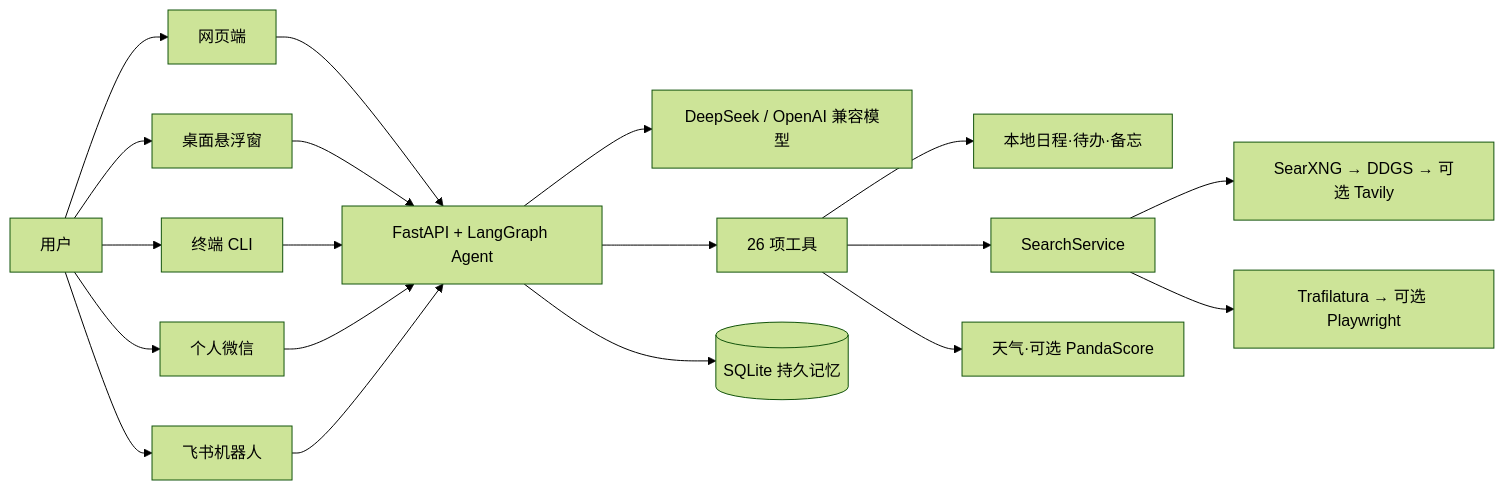
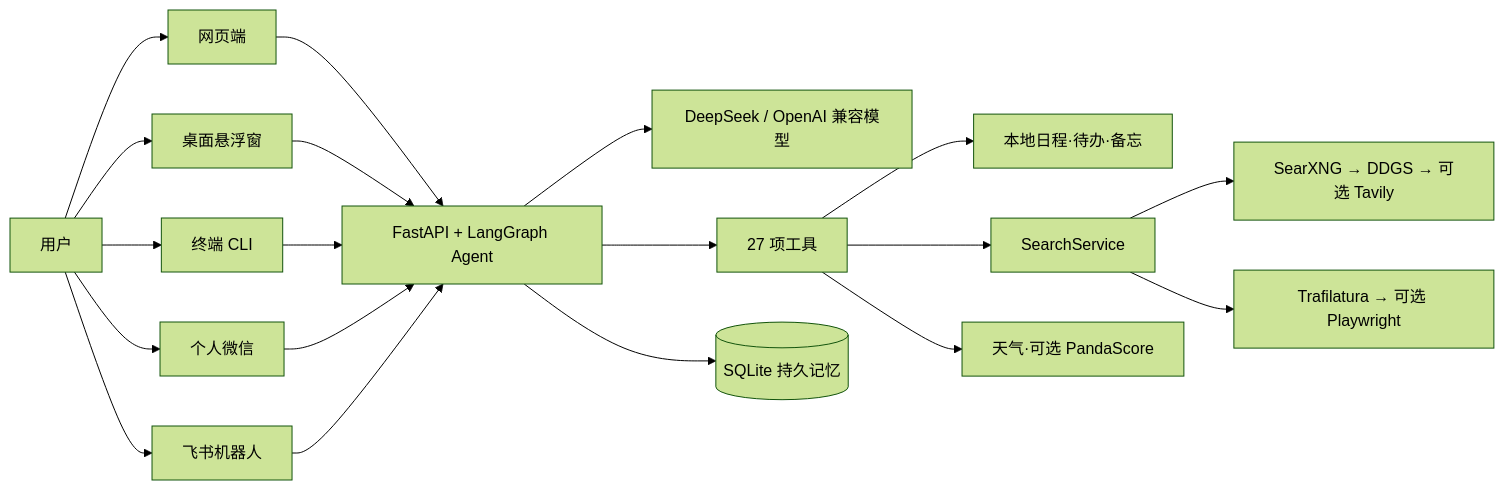
The diagram in docs/architecture.md (123akw/jarvis), drawn with Mermaid (forest theme) before and after one commit. The commit also changed other lines of this file and 10 other files, not shown here.

Commit message:
docs: 第十二轮文档——更新日志、功能详解、新截图、配置项与待办

````diff
--- a/docs/architecture.md
+++ b/docs/architecture.md
@@ -9,17 +9,17 @@
 ```mermaid
 flowchart LR
   U[用户] --> W[网页端]
   U --> D[桌面悬浮窗]
   U --> C[终端 CLI]
   U --> X[个人微信]
   U --> F[飞书机器人]
   W & D & C & X & F --> A[FastAPI + LangGraph Agent]
   A --> M[DeepSeek / OpenAI 兼容模型]
-  A --> T[26 项工具]
+  A --> T[27 项工具]
   A --> S[(SQLite 持久记忆)]
   T --> L[本地日程·待办·备忘]
   T --> Q[SearchService]
   Q --> P[SearXNG → DDGS → 可选 Tavily]
   Q --> R[Trafilatura → 可选 Playwright]
   T --> E[天气·可选 PandaScore]
 ```
````
